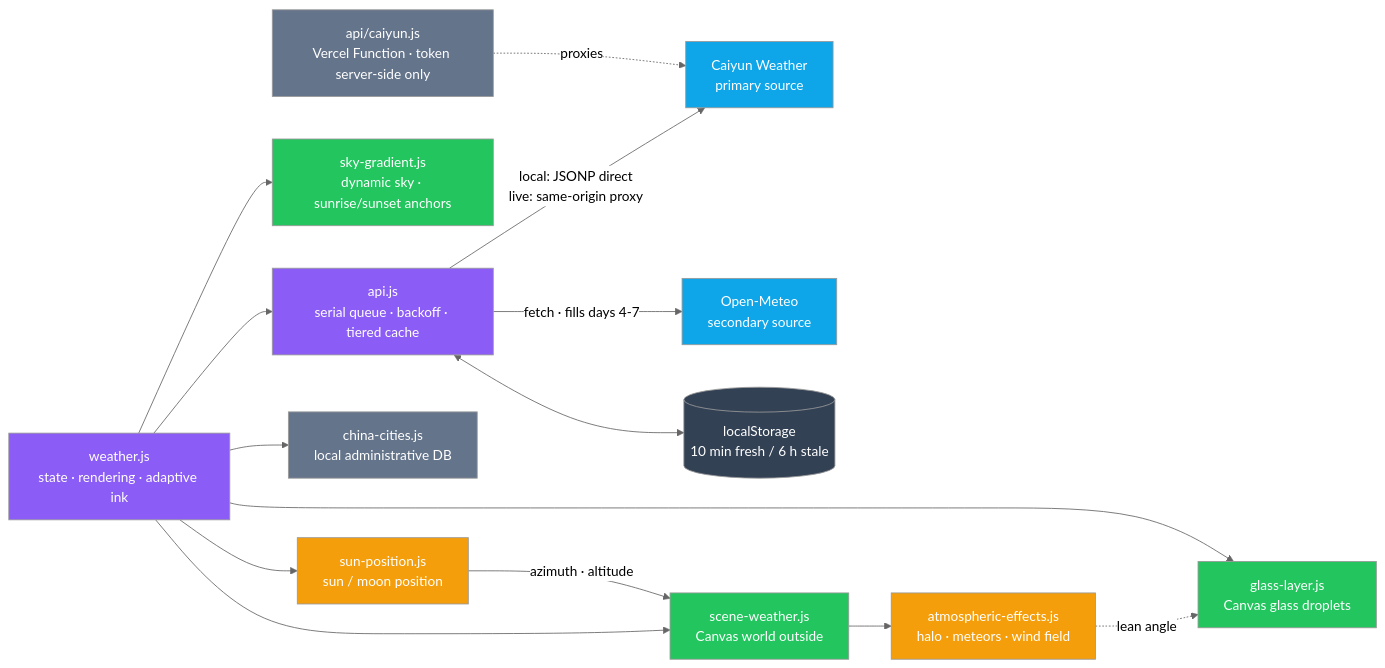
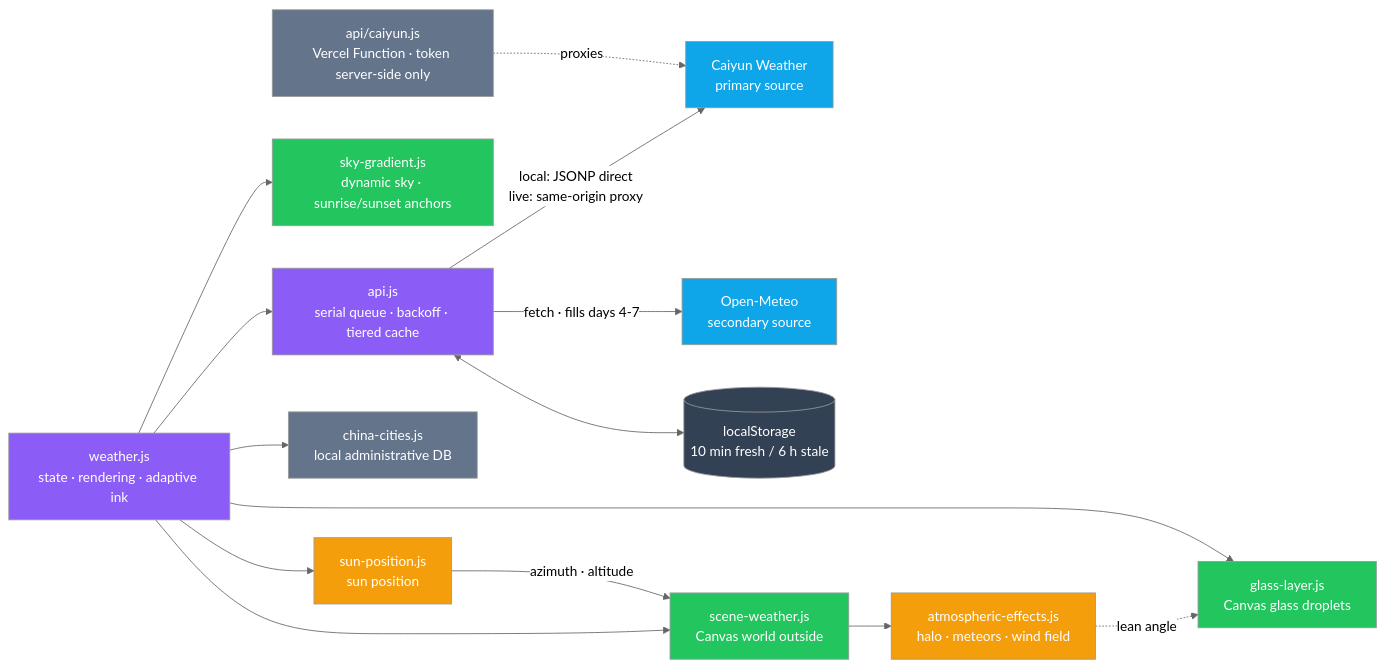
The diagram in README.en.md (abobb414/AeroWeather), drawn with Mermaid (neutral theme) before and after one commit. The commit also changed other lines of this file and 12 other files, not shown here.

````diff
--- a/README.en.md
+++ b/README.en.md
@@ -138,29 +138,29 @@
 ```mermaid
 flowchart LR
     A["weather.js<br/>state · rendering · adaptive ink"] --> B["api.js<br/>serial queue · backoff · tiered cache"]
     B -->|"local: JSONP direct<br/>live: same-origin proxy"| C["Caiyun Weather<br/>primary source"]
     B -->|"fetch · fills days 4-7"| D["Open-Meteo<br/>secondary source"]
     B <--> E[("localStorage<br/>10 min fresh / 6 h stale")]
     A --> F["sky-gradient.js<br/>dynamic sky · sunrise/sunset anchors"]
-    A --> K["sun-position.js<br/>sun / moon position"]
+    A --> K["sun-position.js<br/>sun position"]
     A --> G["scene-weather.js<br/>Canvas world outside"]
     K -->|"azimuth · altitude"| G
     G --> G3["atmospheric-effects.js<br/>halo · meteors · wind field"]
     G3 -.->|"lean angle"| H
     A --> H["glass-layer.js<br/>Canvas glass droplets"]
     A --> I["china-cities.js<br/>local administrative DB"]
     J["api/caiyun.js<br/>Vercel Function · token server-side only"] -.->|"proxies"| C
 
     style A fill:#8b5cf6,color:#fff
     style B fill:#8b5cf6,color:#fff
     style C fill:#0ea5e9,color:#fff
     style D fill:#0ea5e9,color:#fff
     style E fill:#334155,color:#fff
     style F fill:#22c55e,color:#fff
     style K fill:#f59e0b,color:#fff
     style G fill:#22c55e,color:#fff
     style G3 fill:#f59e0b,color:#fff
     style H fill:#22c55e,color:#fff
     style I fill:#64748b,color:#fff
     style J fill:#64748b,color:#fff
 ```
````
